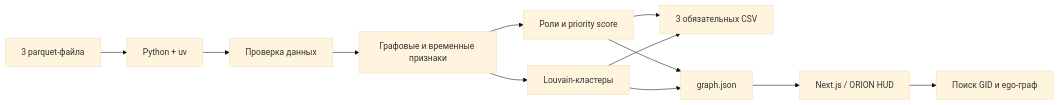
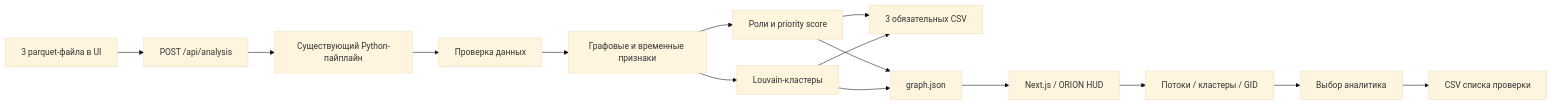
One commit to BAITC-Hacks/hack-07943fc4-sh-token changed the diagram in README.md. Above: the diagram before and after it, drawn with Mermaid (base theme). The commit also changed other lines of this file and 18 other files, not shown here.

````diff
--- a/README.md
+++ b/README.md
@@ -71,14 +93,17 @@
 ```mermaid
 flowchart LR
-    A[3 parquet-файла] --> B[Python + uv]
+    A[3 parquet-файла в UI] --> API[POST /api/analysis]
+    API --> B[Существующий Python-пайплайн]
     B --> C[Проверка данных]
     C --> D[Графовые и временные признаки]
     D --> E[Роли и priority score]
     D --> F[Louvain-кластеры]
     E --> G[3 обязательных CSV]
     F --> G
     E --> H[graph.json]
     F --> H
     H --> I[Next.js / ORION HUD]
-    I --> J[Поиск GID и ego-граф]
+    I --> J[Потоки / кластеры / GID]
+    J --> K[Выбор аналитика]
+    K --> L[CSV списка проверки]
 ```
````
